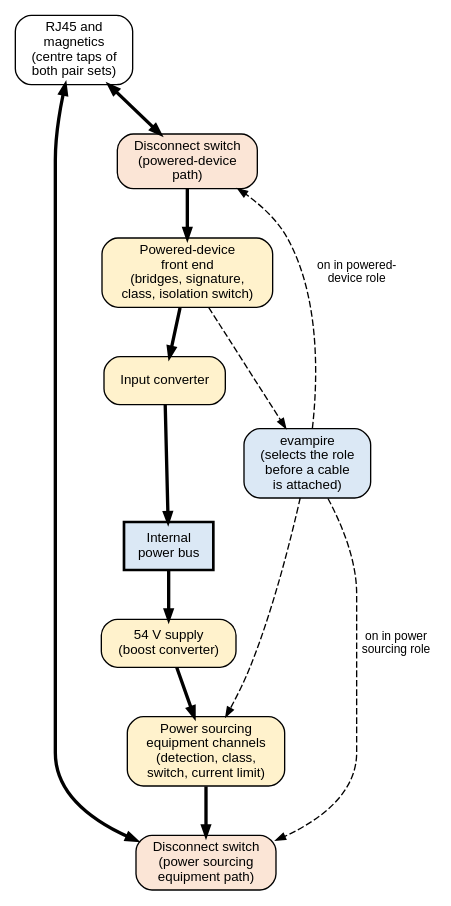
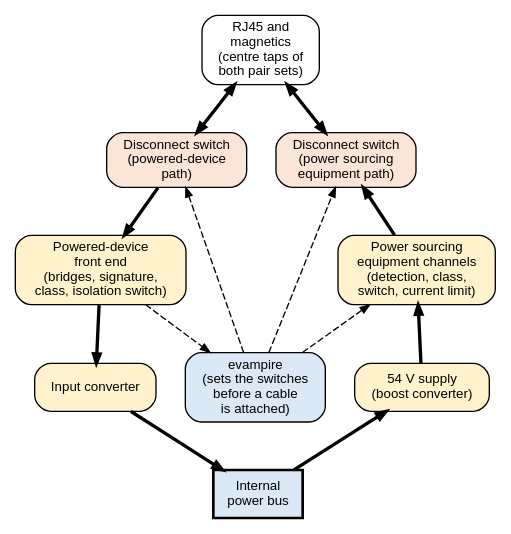
Before and after one commit to mithro/evampire: the diagram in docs/power/poe/dual-role.dot, drawn with Graphviz. The commit also changed 5 other files, not shown here.

First line of the commit message:
Fit the Power over Ethernet diagrams to the page width

```diff
--- a/docs/power/poe/dual-role.dot
+++ b/docs/power/poe/dual-role.dot
@@ -1,39 +1,43 @@
 // An Ethernet port that can take either Power over Ethernet role.
 // Bold arrows: power paths. Dashed arrows: control.
 //
 // SPDX-License-Identifier: Apache-2.0
 
 digraph dual_role {
     graph [rankdir=TB, fontname="Helvetica", fontsize=12, nodesep=0.3,
            ranksep=0.5, newrank=true];
     node  [shape=box, style="rounded,filled", fillcolor="#f2f2f2",
            fontname="Helvetica", fontsize=10];
     edge  [fontname="Helvetica", fontsize=9, arrowsize=0.7];
 
     cable [label="RJ45 and\nmagnetics\n(centre taps of\nboth pair sets)", fillcolor="#ffffff"];
 
     swpd  [label="Disconnect switch\n(powered-device\npath)", fillcolor="#fbe5d6"];
     swpse [label="Disconnect switch\n(power sourcing\nequipment path)", fillcolor="#fbe5d6"];
 
     pd    [label="Powered-device\nfront end\n(bridges, signature,\nclass, isolation switch)", fillcolor="#fff2cc"];
     pse   [label="Power sourcing\nequipment channels\n(detection, class,\nswitch, current limit)", fillcolor="#fff2cc"];
 
     conv  [label="Input converter", fillcolor="#fff2cc"];
     hv    [label="54 V supply\n(boost converter)", fillcolor="#fff2cc"];
     bus   [label="Internal\npower bus", style="filled,bold", fillcolor="#dbe8f5"];
-    evp   [label="evampire\n(selects the role\nbefore a cable\nis attached)", fillcolor="#dbe8f5"];
+    evp   [label="evampire\n(sets the switches\nbefore a cable\nis attached)", fillcolor="#dbe8f5"];
+
+    { rank=same; swpd; swpse; }
+    { rank=same; pd; pse; }
+    { rank=same; conv; hv; evp; }
 
     cable -> swpd  [penwidth=2.5, dir=both];
     cable -> swpse [penwidth=2.5, dir=both];
     swpd  -> pd    [penwidth=2.5];
     pd    -> conv  [penwidth=2.5];
     conv  -> bus   [penwidth=2.5];
-    bus   -> hv    [penwidth=2.5];
-    hv    -> pse   [penwidth=2.5];
-    pse   -> swpse [penwidth=2.5];
+    swpse -> pse   [penwidth=2.5, dir=back];
+    pse   -> hv    [penwidth=2.5, dir=back];
+    hv    -> bus   [penwidth=2.5, dir=back];
 
-    evp -> swpd  [style=dashed, label="on in powered-\ndevice role"];
-    evp -> swpse [style=dashed, label="on in power\nsourcing role"];
+    evp -> swpd  [style=dashed];
+    evp -> swpse [style=dashed];
     evp -> pse   [style=dashed];
     pd  -> evp   [style=dashed];
 }
```
